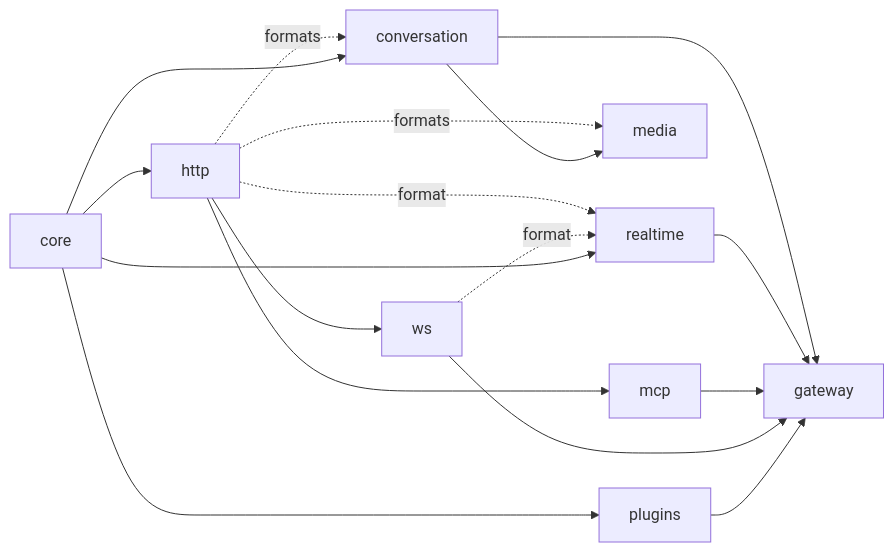
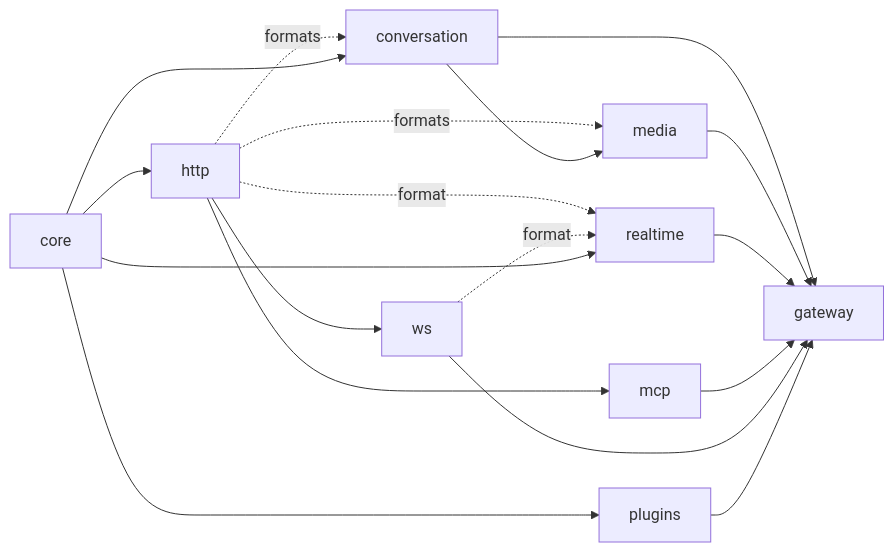
Before and after one commit to Davidson3556/respan-gateway: the diagram in docs/ARCHITECTURE.md, drawn with Mermaid. The commit also changed other lines of this file and 3 other files, not shown here.

First line of the commit message:
Document the media kinds in the gateway

````diff
--- a/docs/ARCHITECTURE.md
+++ b/docs/ARCHITECTURE.md
@@ -40,19 +40,20 @@
 ```mermaid
 flowchart LR
     core --> http
     core --> plugins
     http --> ws
     http -. formats .-> conversation
     http -. formats .-> media
     http -. format .-> realtime
     ws -. format .-> realtime
     http --> mcp
     core --> conversation
     core --> realtime
     conversation --> media
     conversation --> gateway
+    media --> gateway
     realtime --> gateway
     mcp --> gateway
     ws --> gateway
     plugins --> gateway
 ```
````
